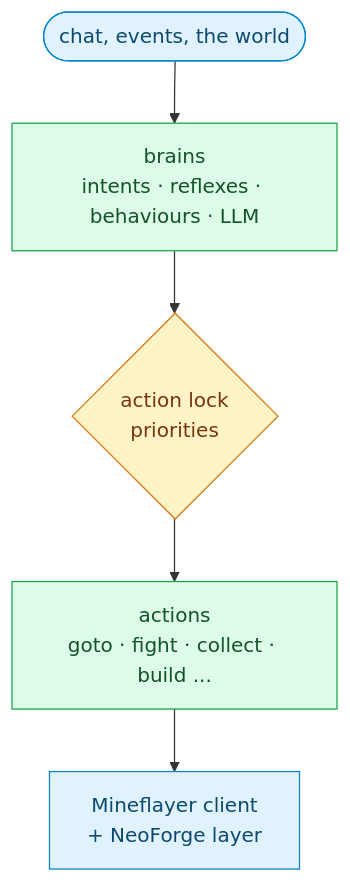
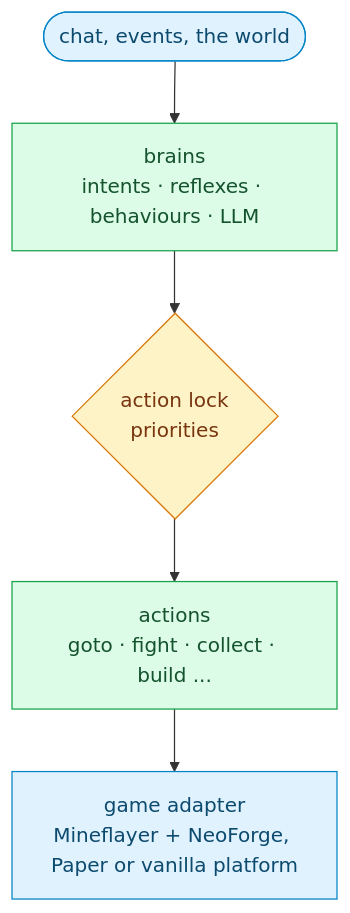
One commit to thereisnotime/golemkit changed the diagram in docs/index.md. Above: the diagram before and after it, drawn with Mermaid. The commit also changed other lines of this file and 4 other files, not shown here.

Commit message:
README, roadmap: combat techniques, food ladder, ranged defence and adapters are done

````diff
--- a/docs/index.md
+++ b/docs/index.md
@@ -85,14 +85,14 @@
 ```mermaid
 flowchart TD
   C(["chat, events, the world"]) --> B["brains<br/>intents · reflexes · behaviours · LLM"]
   B --> L{"action lock<br/>priorities"}
   L --> A["actions<br/>goto · fight · collect · build ..."]
-  A --> M["Mineflayer client<br/>+ NeoForge layer"]
+  A --> M["game adapter<br/>Mineflayer + NeoForge, Paper or vanilla platform"]
   classDef a fill:#e0f2fe,stroke:#0284c7,color:#0c4a6e
   classDef d fill:#fef3c7,stroke:#d97706,color:#78350f
   classDef g fill:#dcfce7,stroke:#16a34a,color:#14532d
   class C a
   class B,A g
   class L d
   class M a
 ```
````
